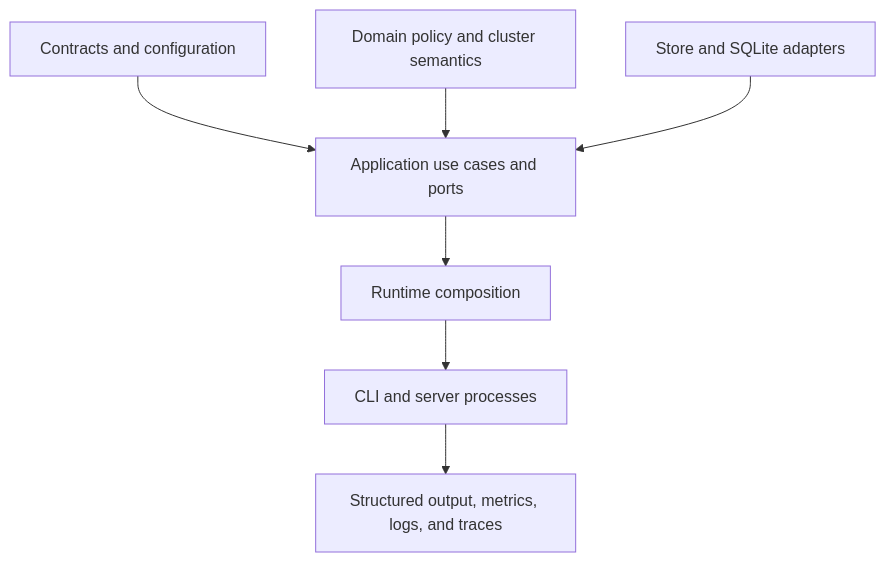
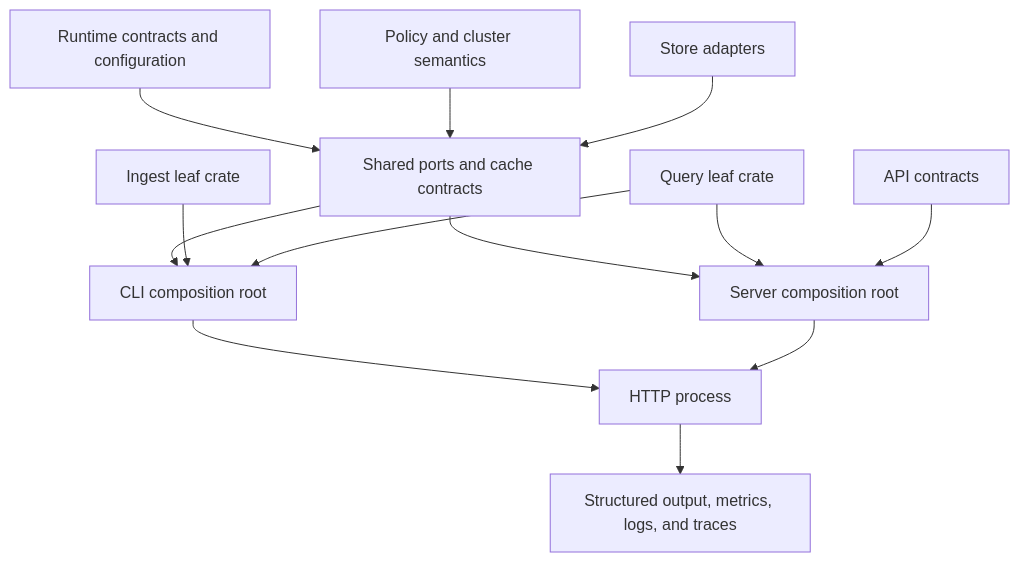
The fourth of 5 diagrams in docs/bijux-atlas/runtime/system-overview.md (bijux/bijux-atlas), drawn with Mermaid before and after one commit. The commit also changed other lines of this file and 2 other files, not shown here.

````diff
--- a/docs/bijux-atlas/runtime/system-overview.md
+++ b/docs/bijux-atlas/runtime/system-overview.md
@@ -148,9 +154,15 @@
 ```mermaid
 flowchart TB
-    Contracts[Contracts and configuration] --> App[Application use cases and ports]
-    Domain[Domain policy and cluster semantics] --> App
-    Adapters[Store and SQLite adapters] --> App
-    App --> Composition[Runtime composition]
-    Composition --> Delivery[CLI and server processes]
+    Contracts[Runtime contracts and configuration] --> Shared[Shared ports and cache contracts]
+    Domain[Policy and cluster semantics] --> Shared
+    Adapters[Store adapters] --> Shared
+    Shared --> CLI[CLI composition root]
+    Shared --> Server[Server composition root]
+    Ingest[Ingest leaf crate] --> CLI
+    Query[Query leaf crate] --> CLI
+    Query --> Server
+    API[API contracts] --> Server
+    CLI --> Delivery[Installed command]
+    Server --> Delivery[HTTP process]
     Delivery --> Telemetry[Structured output, metrics, logs, and traces]
 ```
````
